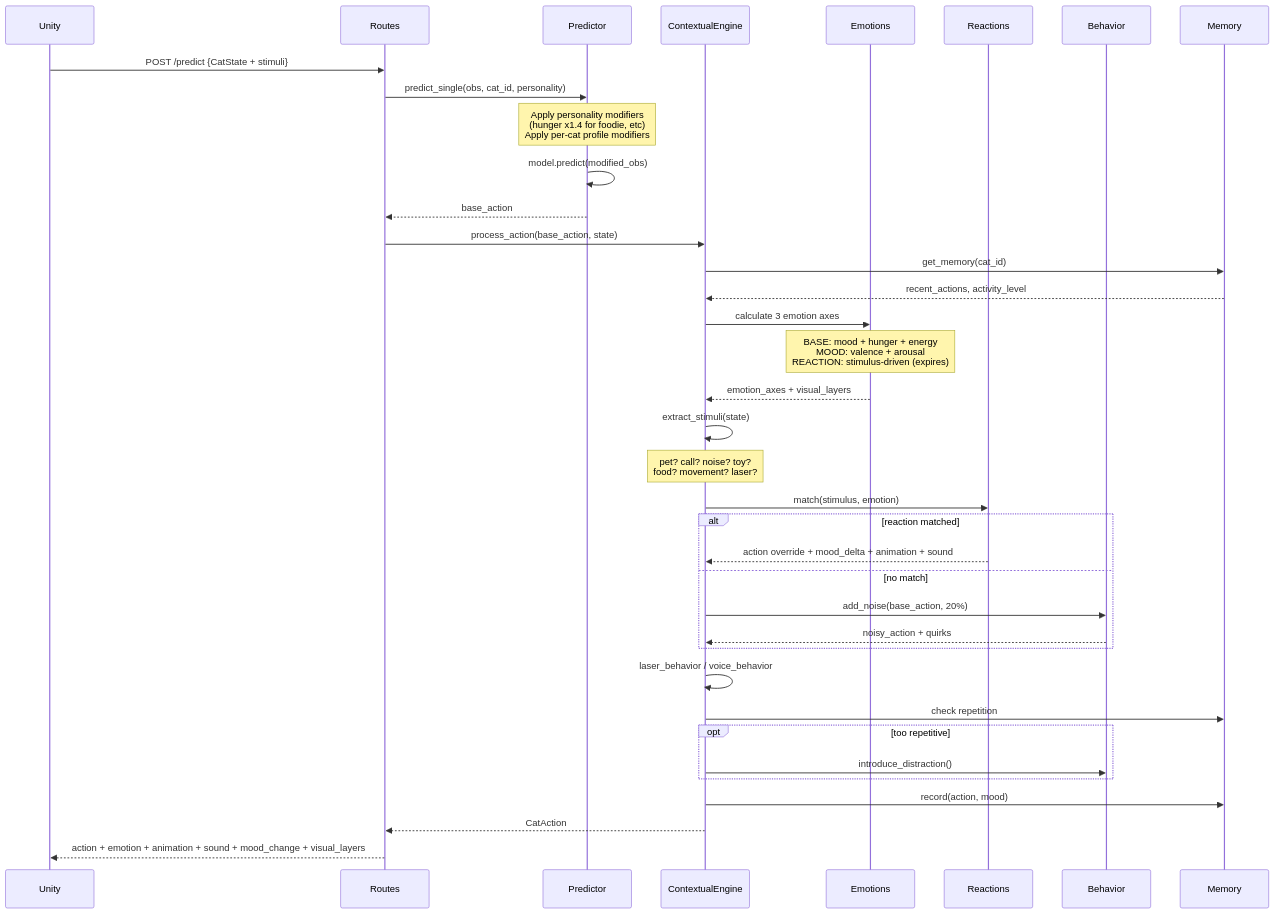
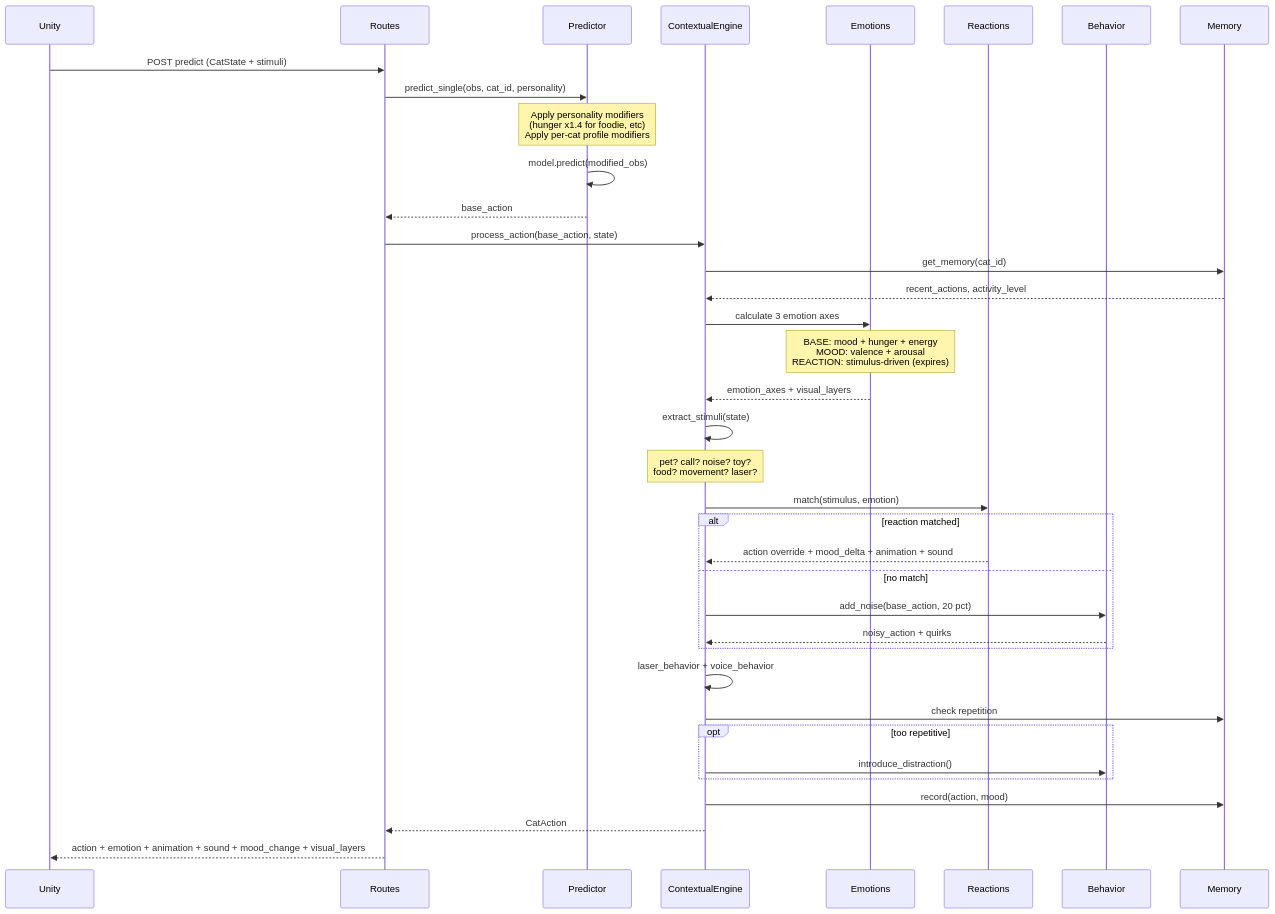
One commit to tantaneity/cat-brain-service changed the second of 6 diagrams in README.md. Above: the diagram before and after it, drawn with Mermaid. The commit also changed other lines of this file, not shown here.

Commit message:
docs(readme): update architecture diagrams to match actual codebase

````diff
--- a/README.md
+++ b/README.md
@@ -86,49 +86,49 @@
 ```mermaid
 sequenceDiagram
     participant U as Unity
     participant R as Routes
     participant P as Predictor
     participant C as ContextualEngine
     participant E as Emotions
     participant X as Reactions
     participant B as Behavior
     participant M as Memory
 
-    U->>R: POST /predict {CatState + stimuli}
+    U->>R: POST predict (CatState + stimuli)
 
     R->>P: predict_single(obs, cat_id, personality)
     Note over P: Apply personality modifiers<br/>(hunger x1.4 for foodie, etc)<br/>Apply per-cat profile modifiers
     P->>P: model.predict(modified_obs)
     P-->>R: base_action
 
     R->>C: process_action(base_action, state)
     C->>M: get_memory(cat_id)
     M-->>C: recent_actions, activity_level
 
     C->>E: calculate 3 emotion axes
     Note over E: BASE: mood + hunger + energy<br/>MOOD: valence + arousal<br/>REACTION: stimulus-driven (expires)
     E-->>C: emotion_axes + visual_layers
 
     C->>C: extract_stimuli(state)
     Note over C: pet? call? noise? toy?<br/>food? movement? laser?
 
     C->>X: match(stimulus, emotion)
 
     alt reaction matched
         X-->>C: action override + mood_delta + animation + sound
     else no match
-        C->>B: add_noise(base_action, 20%)
+        C->>B: add_noise(base_action, 20 pct)
         B-->>C: noisy_action + quirks
     end
 
-    C->>C: laser_behavior / voice_behavior
+    C->>C: laser_behavior + voice_behavior
     C->>M: check repetition
     opt too repetitive
         C->>B: introduce_distraction()
     end
 
     C->>M: record(action, mood)
     C-->>R: CatAction
 
     R-->>U: action + emotion + animation + sound + mood_change + visual_layers
 ```
````
